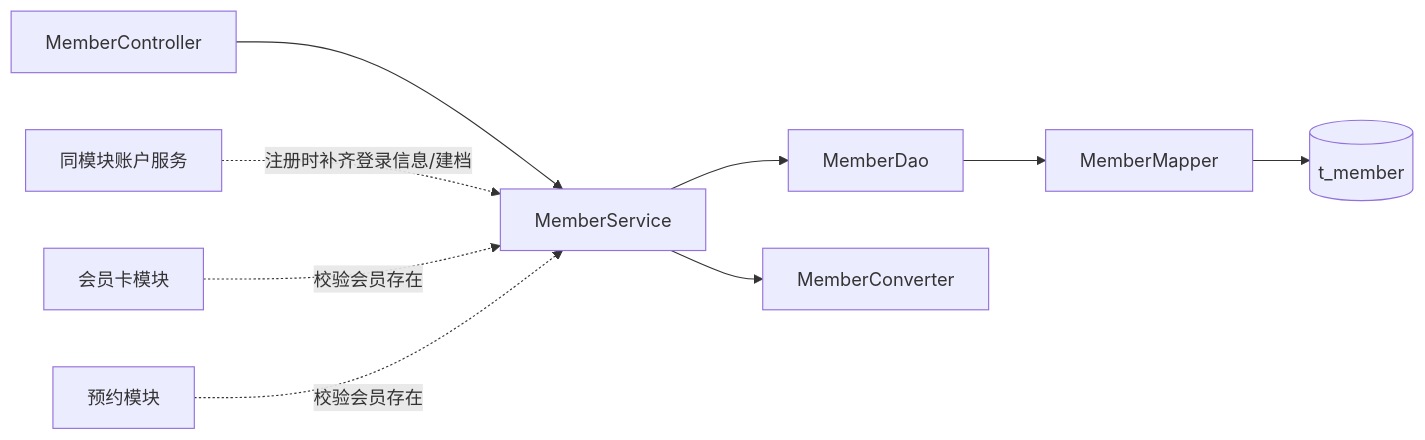
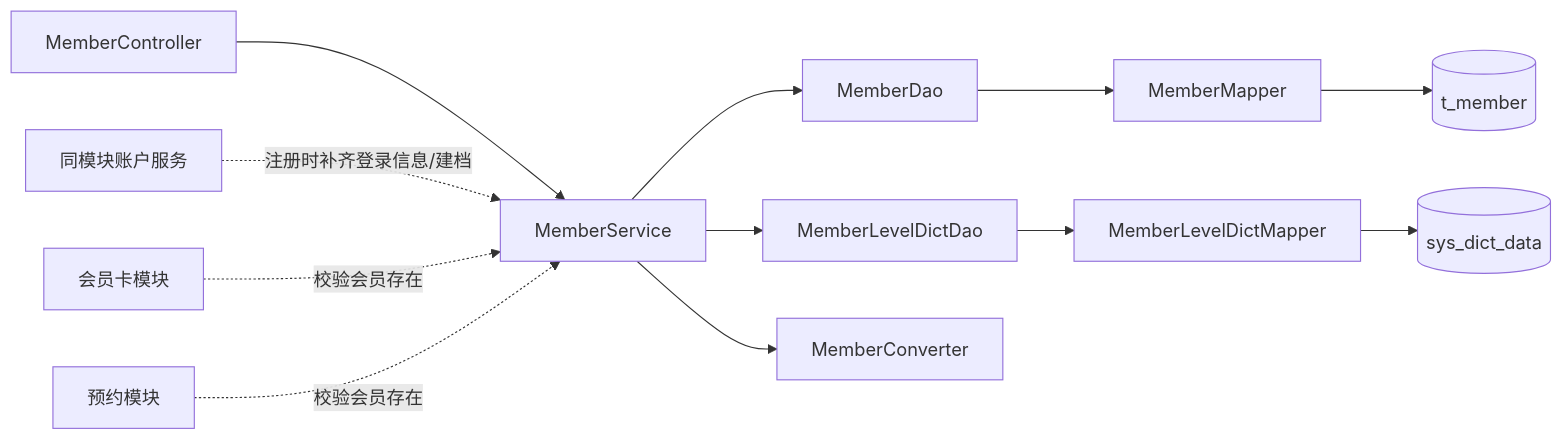
Before and after one commit to duo2530/techplant-yoga: the diagram in docs/详细设计/会员管理详细设计.md, drawn with Mermaid. The commit also changed other lines of this file and 27 other files, not shown here.

````diff
--- a/docs/详细设计/会员管理详细设计.md
+++ b/docs/详细设计/会员管理详细设计.md
@@ -375,11 +383,14 @@
 ```mermaid
 flowchart LR
     C[MemberController] --> S[MemberService]
     S --> D[MemberDao]
+    S --> LD[MemberLevelDictDao]
     D --> M[MemberMapper]
     M --> T[(t_member)]
+    LD --> LM[MemberLevelDictMapper]
+    LM --> DD[(sys_dict_data)]
     S --> CV[MemberConverter]
     ACC[同模块账户服务] -.注册时补齐登录信息/建档.-> S
     MC2[会员卡模块] -.校验会员存在.-> S
     BK2[预约模块] -.校验会员存在.-> S
 ```
````
